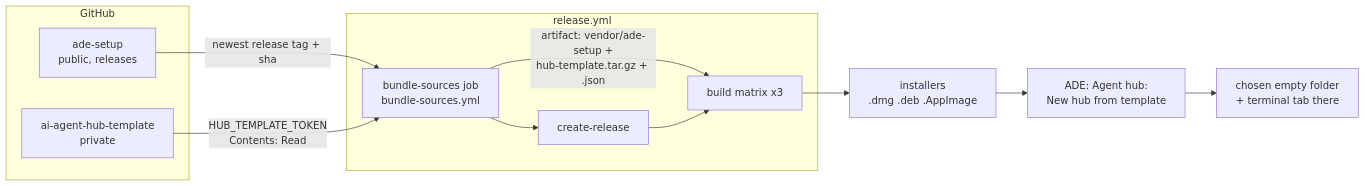
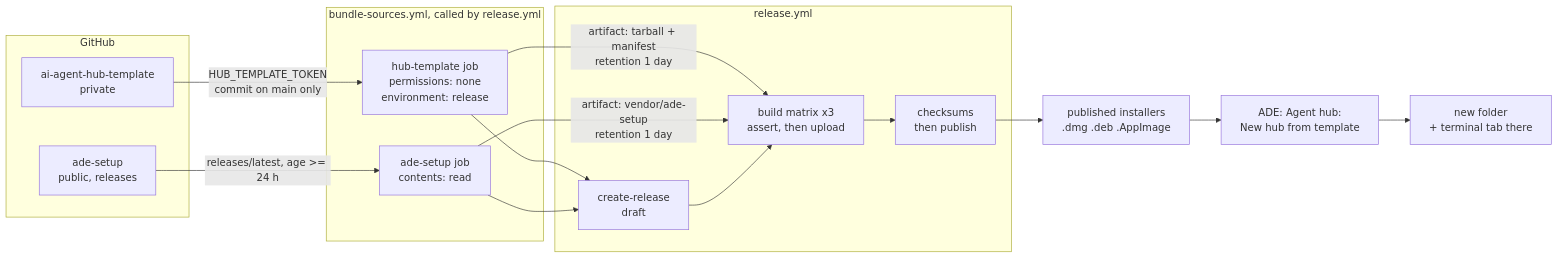
The first of 2 diagrams in docs/superpowers/specs/2026-11-09-bundle-ade-setup-and-hub-template-design.md (alvin-reyes/better-agentic-ide), drawn with Mermaid before and after one commit. The commit also changed other lines of this file and 4 other files, not shown here.

````diff
--- a/docs/superpowers/specs/2026-11-09-bundle-ade-setup-and-hub-template-design.md
+++ b/docs/superpowers/specs/2026-11-09-bundle-ade-setup-and-hub-template-design.md
@@ -57,19 +73,26 @@
 ```mermaid
 flowchart LR
   subgraph GH[GitHub]
     AS[ade-setup<br/>public, releases]
     HT[ai-agent-hub-template<br/>private]
   end
+  subgraph BSW[bundle-sources.yml, called by release.yml]
+    HTJ[hub-template job<br/>permissions: none<br/>environment: release]
+    ASJ[ade-setup job<br/>contents: read]
+  end
   subgraph REL[release.yml]
-    BS[bundle-sources job<br/>bundle-sources.yml]
-    CR[create-release]
-    B[build matrix x3]
+    CR[create-release<br/>draft]
+    B[build matrix x3<br/>assert, then upload]
+    CS[checksums<br/>then publish]
   end
-  AS -- newest release tag + sha --> BS
-  HT -- HUB_TEMPLATE_TOKEN<br/>Contents: Read --> BS
-  BS -- artifact: vendor/ade-setup +<br/>hub-template.tar.gz + .json --> B
-  BS --> CR --> B
-  B --> INST[installers<br/>.dmg .deb .AppImage]
+  AS -- releases/latest, age >= 24 h --> ASJ
+  HT -- HUB_TEMPLATE_TOKEN<br/>commit on main only --> HTJ
+  HTJ -- artifact: tarball + manifest<br/>retention 1 day --> B
+  ASJ -- artifact: vendor/ade-setup<br/>retention 1 day --> B
+  HTJ --> CR
+  ASJ --> CR
+  CR --> B --> CS
+  CS --> INST[published installers<br/>.dmg .deb .AppImage]
   INST --> APP[ADE: Agent hub:<br/>New hub from template]
-  APP --> DEST[chosen empty folder<br/>+ terminal tab there]
+  APP --> DEST[new folder<br/>+ terminal tab there]
 ```
````
